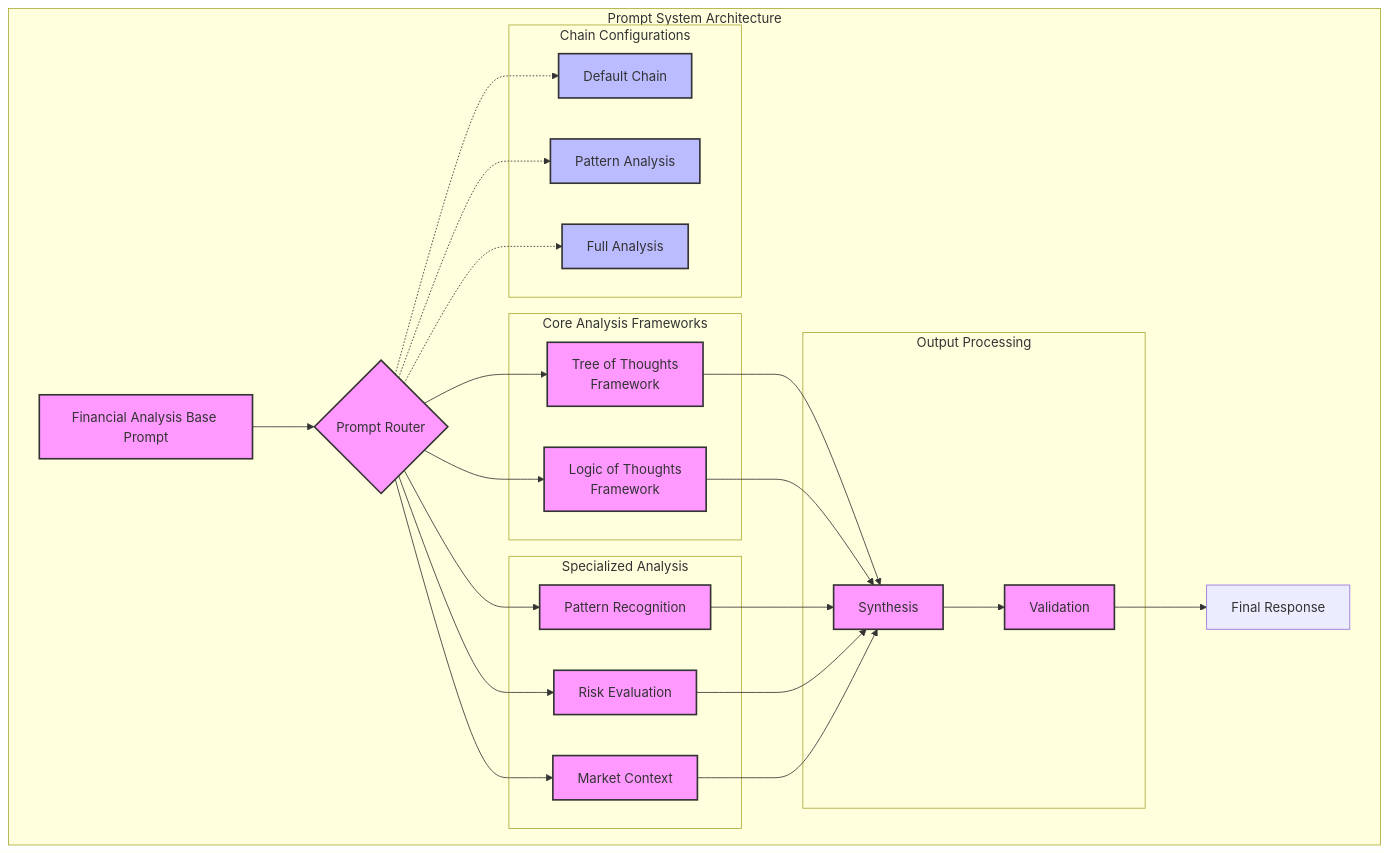
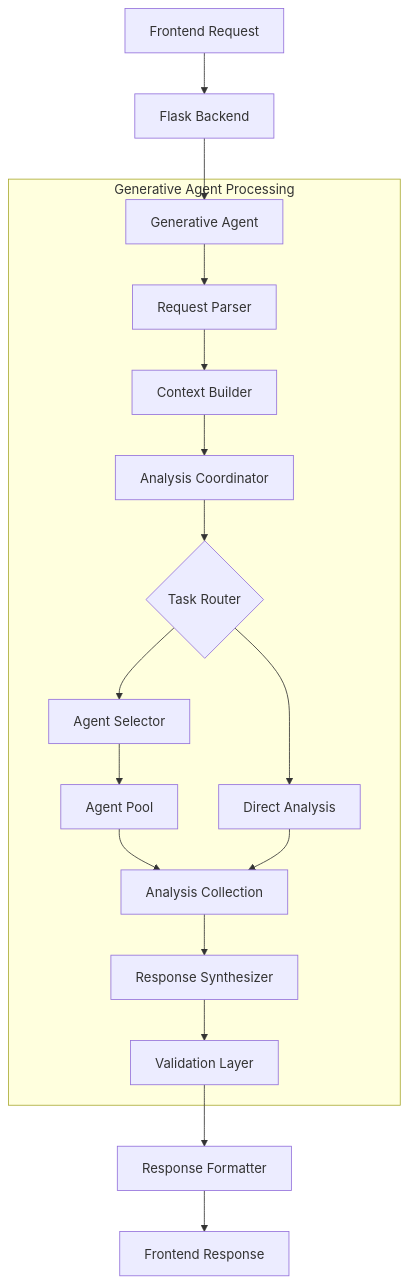
The second of 2 diagrams in README.md (redmage123/agentic), drawn with Mermaid before and after one commit. The commit also changed other lines of this file and 1 other file, not shown here.

````diff
--- a/README.md
+++ b/README.md
@@ -162,55 +40,25 @@
 ```mermaid
-graph TB
-    subgraph "Prompt System Architecture"
-        A[Financial Analysis Base Prompt] --> B{Prompt Router}
-
-        subgraph "Core Analysis Frameworks"
-            C[Tree of Thoughts<br>Framework]
-            D[Logic of Thoughts<br>Framework]
-        end
-
-        subgraph "Specialized Analysis"
-            E[Pattern Recognition]
-            F[Risk Evaluation]
-            G[Market Context]
-        end
-
-        subgraph "Output Processing"
-            H[Synthesis]
-            I[Validation]
-        end
-
-        B --> C
-        B --> D
-        B --> E
-        B --> F
-        B --> G
-
-        C --> H
-        D --> H
-        E --> H
-        F --> H
-        G --> H
-
-        H --> I
-
-        I --> J[Final Response]
-
-        %% Prompt Chain Configurations
-        subgraph "Chain Configurations"
-            K[Default Chain]
-            L[Pattern Analysis]
-            M[Full Analysis]
-        end
-
-        B -.-> K
-        B -.-> L
-        B -.-> M
-
-        class A,B,C,D,E,F,G,H,I primary
-        class K,L,M secondary
+graph TD
+    A[Frontend Request] --> B[Flask Backend]
+    B --> C[Generative Agent]
+    
+    subgraph "Generative Agent Processing"
+        C --> D[Request Parser]
+        D --> E[Context Builder]
+        E --> F[Analysis Coordinator]
+        
+        F --> G{Task Router}
+        G --> H[Agent Selector]
+        G --> I[Direct Analysis]
+        
+        H --> J[Agent Pool]
+        J --> K[Analysis Collection]
+        I --> K
+        
+        K --> L[Response Synthesizer]
+        L --> M[Validation Layer]
     end
-
-classDef primary fill:#f9f,stroke:#333,stroke-width:2px
-classDef secondary fill:#bbf,stroke:#333,stroke-width:2px
+    
+    M --> N[Response Formatter]
+    N --> O[Frontend Response]
 ```
````
